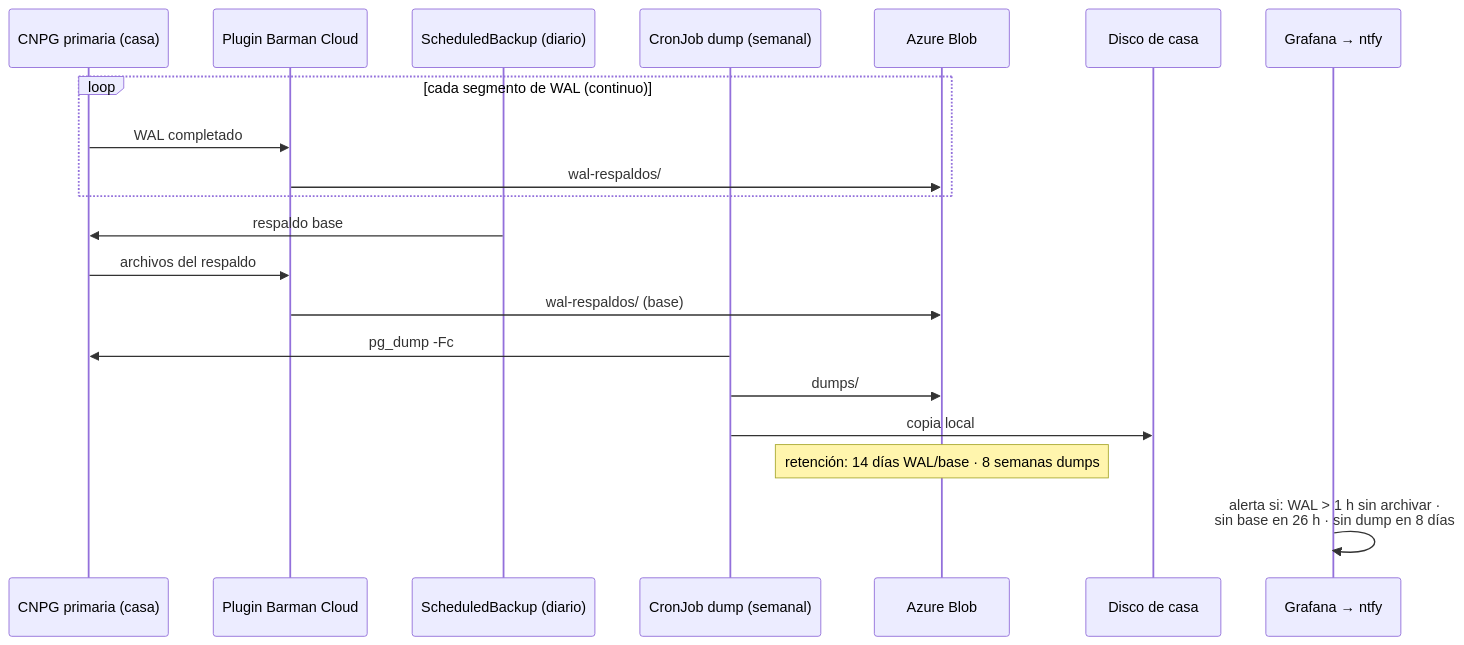
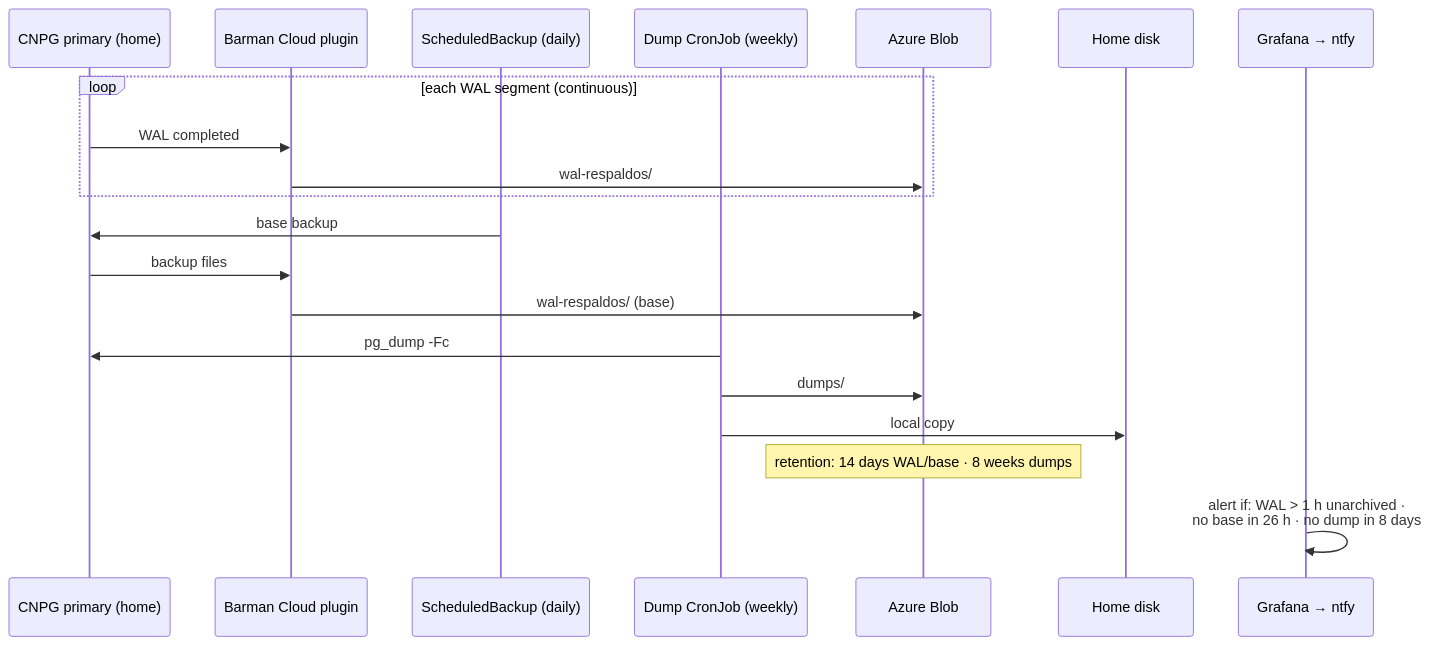
One commit to alejandro-araujo-orellana/geoTracker changed the third of 5 diagrams in docs/superpowers/specs/2026-11-20-fase2-azure-aks-design.md. Above: the diagram before and after it, drawn with Mermaid. The commit also changed other lines of this file and 16 other files, not shown here.

````diff
--- a/docs/superpowers/specs/2026-11-20-fase2-azure-aks-design.md
+++ b/docs/superpowers/specs/2026-11-20-fase2-azure-aks-design.md
@@ -201,23 +201,23 @@
 ```mermaid
 sequenceDiagram
-    participant DB as CNPG primaria (casa)
-    participant PL as Plugin Barman Cloud
-    participant SB as ScheduledBackup (diario)
-    participant DJ as CronJob dump (semanal)
+    participant DB as CNPG primary (home)
+    participant PL as Barman Cloud plugin
+    participant SB as ScheduledBackup (daily)
+    participant DJ as Dump CronJob (weekly)
     participant BL as Azure Blob
-    participant HD as Disco de casa
+    participant HD as Home disk
     participant GR as Grafana → ntfy
 
-    loop cada segmento de WAL (continuo)
-        DB->>PL: WAL completado
+    loop each WAL segment (continuous)
+        DB->>PL: WAL completed
         PL->>BL: wal-respaldos/
     end
-    SB->>DB: respaldo base
-    DB->>PL: archivos del respaldo
+    SB->>DB: base backup
+    DB->>PL: backup files
     PL->>BL: wal-respaldos/ (base)
     DJ->>DB: pg_dump -Fc
     DJ->>BL: dumps/
-    DJ->>HD: copia local
-    note over BL: retención: 14 días WAL/base · 8 semanas dumps
-    GR->>GR: alerta si: WAL > 1 h sin archivar ·<br/>sin base en 26 h · sin dump en 8 días
+    DJ->>HD: local copy
+    note over BL: retention: 14 days WAL/base · 8 weeks dumps
+    GR->>GR: alert if: WAL > 1 h unarchived ·<br/>no base in 26 h · no dump in 8 days
 ```
````
